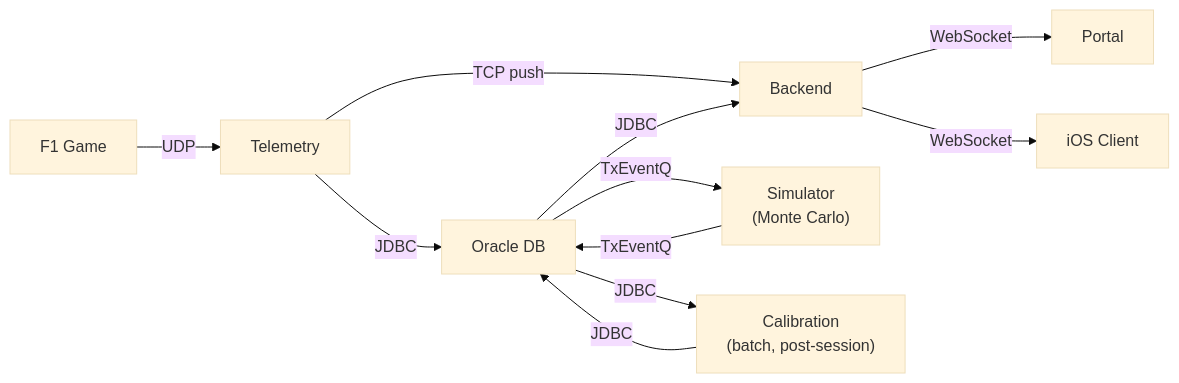
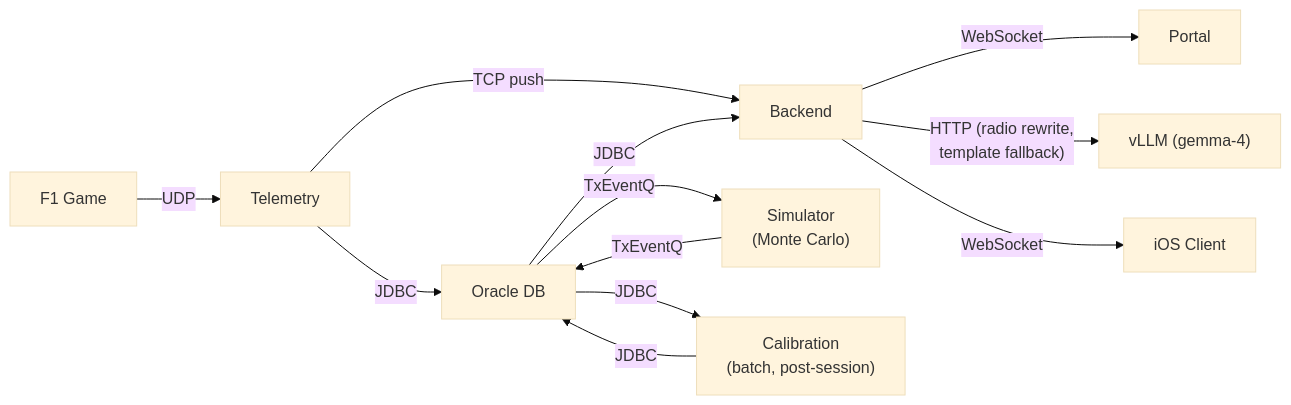
Before and after one commit to vmleon/f12025-race-strategy-simulation: the diagram in design/01-INTRODUCTION.md, drawn with Mermaid (base theme). The commit also changed other lines of this file and 4 other files, not shown here.

Commit message:
docs: document vLLM component across diagrams and chapters

````diff
--- a/design/01-INTRODUCTION.md
+++ b/design/01-INTRODUCTION.md
@@ -27,13 +28,14 @@
 ```mermaid
 graph LR
     Game["F1 Game"] -- UDP --> Telemetry
     Telemetry -- JDBC --> DB["Oracle DB"]
     Telemetry -- "TCP push" --> Backend
     DB -- "TxEventQ" --> Simulator["Simulator<br/>(Monte Carlo)"]
     Simulator -- "TxEventQ" --> DB
     DB -- JDBC --> Backend
     DB -- JDBC --> Calibration["Calibration<br/>(batch, post-session)"]
     Calibration -- JDBC --> DB
     Backend -- WebSocket --> Portal
+    Backend -- "HTTP (radio rewrite,<br/>template fallback)" --> vLLM["vLLM (gemma-4)"]
     Backend -- WebSocket --> iOS["iOS Client"]
 ```
````
